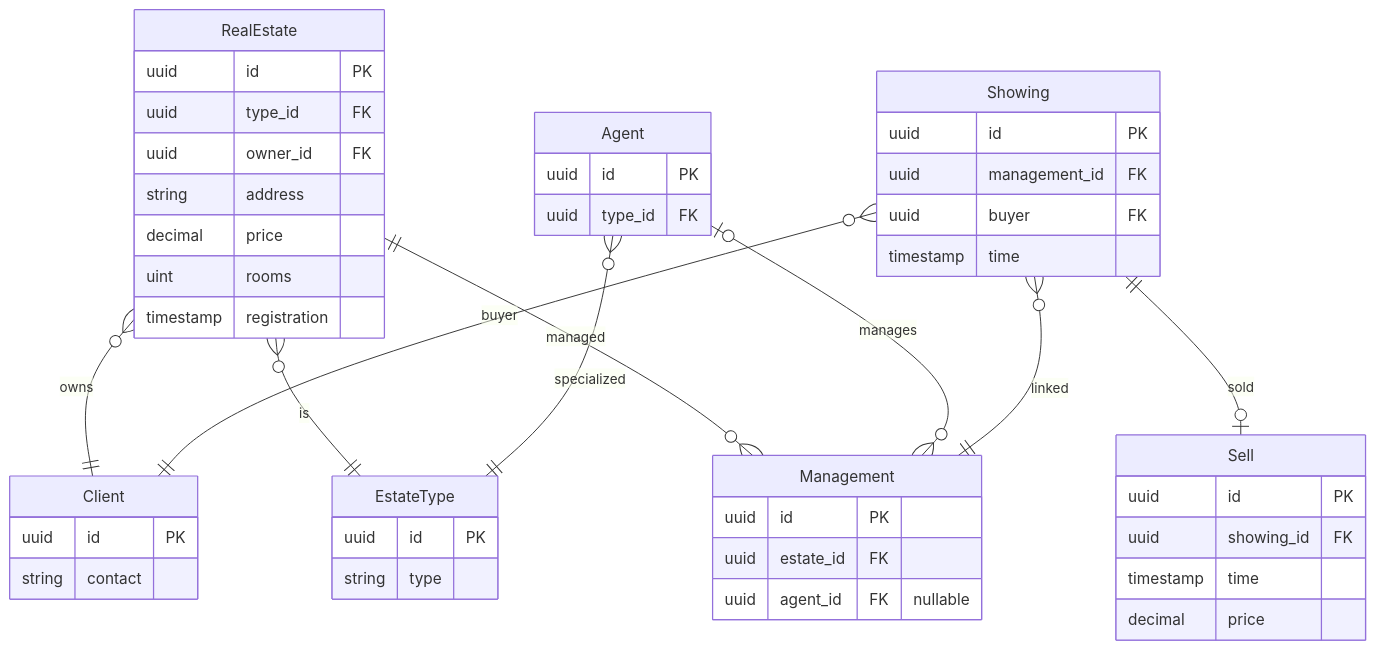
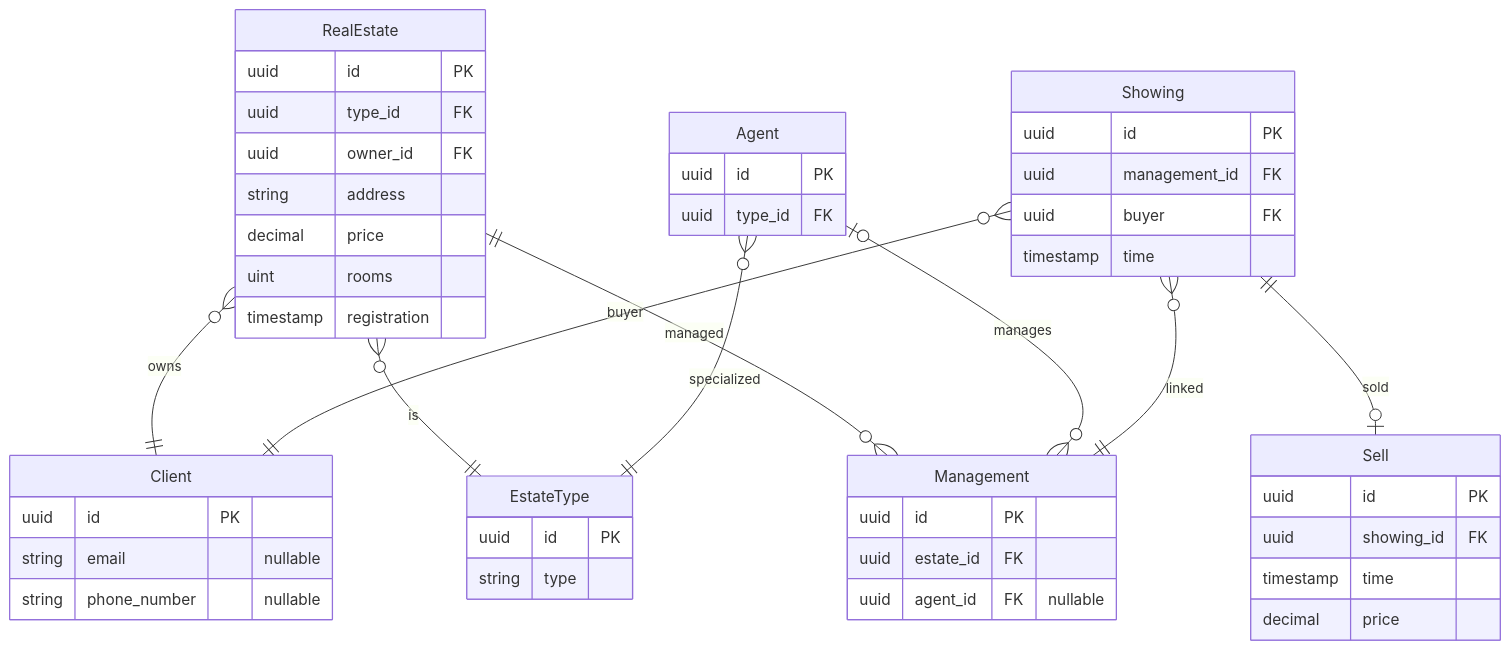
One commit to RealRusLink/db-test-temp changed the diagram in diagram.mmd. Above: the diagram before and after it, drawn with Mermaid. The commit also changed 9 other files, not shown here.

```diff
--- a/diagram.mmd
+++ b/diagram.mmd
@@ -1,54 +1,55 @@
 erDiagram
     RealEstate }o--|| Client : owns
     RealEstate }o--|| EstateType : is
     RealEstate ||--o{ Management : managed
     Agent |o--o{ Management : manages
     Agent }o--|| EstateType : specialized
     Showing }o--|| Client : buyer
     Showing }o--|| Management : linked
     Showing ||--o| Sell : sold
 
     RealEstate {
         uuid id PK
         uuid type_id FK
         uuid owner_id FK
         string address
         decimal price
         uint rooms
         timestamp registration
     }
 
     EstateType {
         uuid id PK
         string type
     }
 
     Management {
         uuid id PK
         uuid estate_id FK
         uuid agent_id FK "nullable"
     }
 
     Agent {
         uuid id PK
         uuid type_id FK
     }
 
     Client {
         uuid id PK
-        string contact
+        string email "nullable"
+        string phone_number "nullable"
     }
 
     Showing {
         uuid id PK
         uuid management_id FK
         uuid buyer FK
         timestamp time
     }
 
     Sell {
         uuid id PK
         uuid showing_id FK
         timestamp time
         decimal price
     }
```
